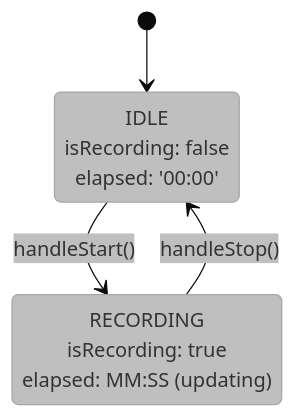
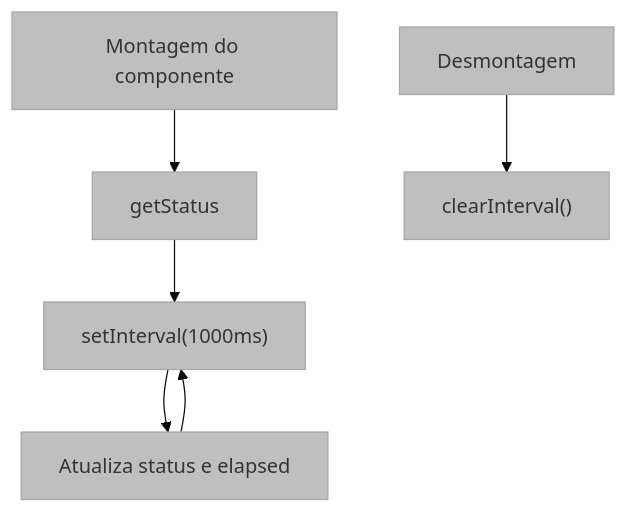
One commit to marcus-v-rodrigues/ux-auditor-extension changed the second of 3 diagrams in docs/04-interface-popup.md. Above: the diagram before and after it, drawn with Mermaid. The commit also changed other lines of this file and 7 other files, not shown here.

````diff
--- a/docs/04-interface-popup.md
+++ b/docs/04-interface-popup.md
@@ -87,11 +106,13 @@
 ```mermaid
 %%{init: {'theme': 'base', 'themeVariables': { 'primaryColor': '#bfbfbf', 'edgeColor': '#5d5d5d' }, "flowchart": {"subGraphTitleMargin": {"bottom": 30}}}}%%
-stateDiagram-v2
-    [*] --> IDLE
+flowchart TD
+    Start["Montagem do componente"]
+    Msg["getStatus"]
+    SetInt["setInterval(1000ms)"]
+    Update["Atualiza status e elapsed"]
+    End["Desmontagem"]
+    Clear["clearInterval()"]
 
-    state "IDLE<br/>isRecording: false<br/>elapsed: '00:00'" as IDLE
-    state "RECORDING<br/>isRecording: true<br/>elapsed: MM:SS (updating)" as RECORDING
-    
-    IDLE --> RECORDING : handleStart()
-    RECORDING --> IDLE : handleStop()
+    Start --> Msg --> SetInt --> Update --> SetInt
+    End --> Clear
 ```
````
